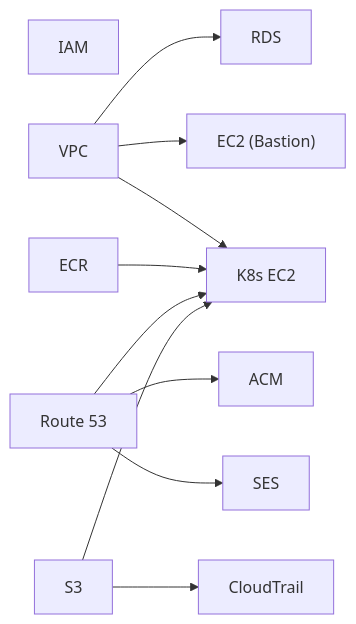
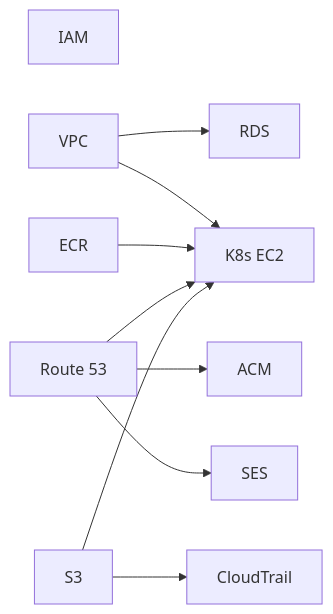
One commit to 80-hours-a-week/2-cho-community-infra changed the second of 3 diagrams in README.md. Above: the diagram before and after it, drawn with Mermaid. The commit also changed other lines of this file and 19 other files, not shown here.

````diff
--- a/README.md
+++ b/README.md
@@ -102,17 +102,16 @@
 ```mermaid
 flowchart LR
     IAM
 
     VPC --> RDS
-    VPC --> EC2["EC2 (Bastion)"]
     VPC --> K8s_EC2["K8s EC2"]
 
     ECR --> K8s_EC2
 
     Route53["Route 53"] --> ACM
     Route53 --> SES
     Route53 --> K8s_EC2
 
     S3 --> CloudTrail
     S3 --> K8s_EC2
 ```
````
